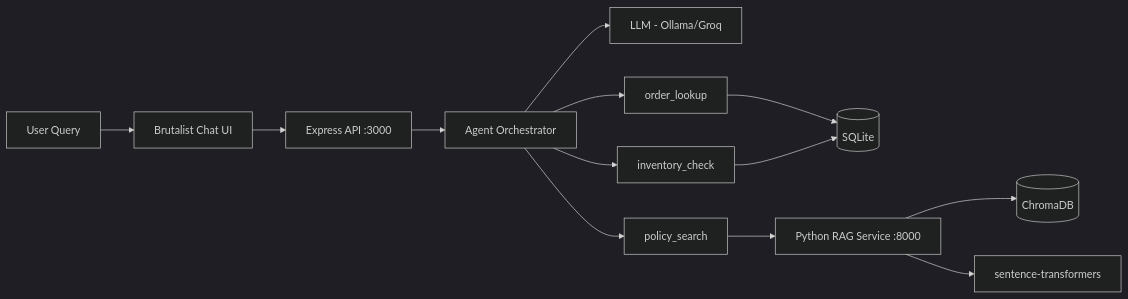
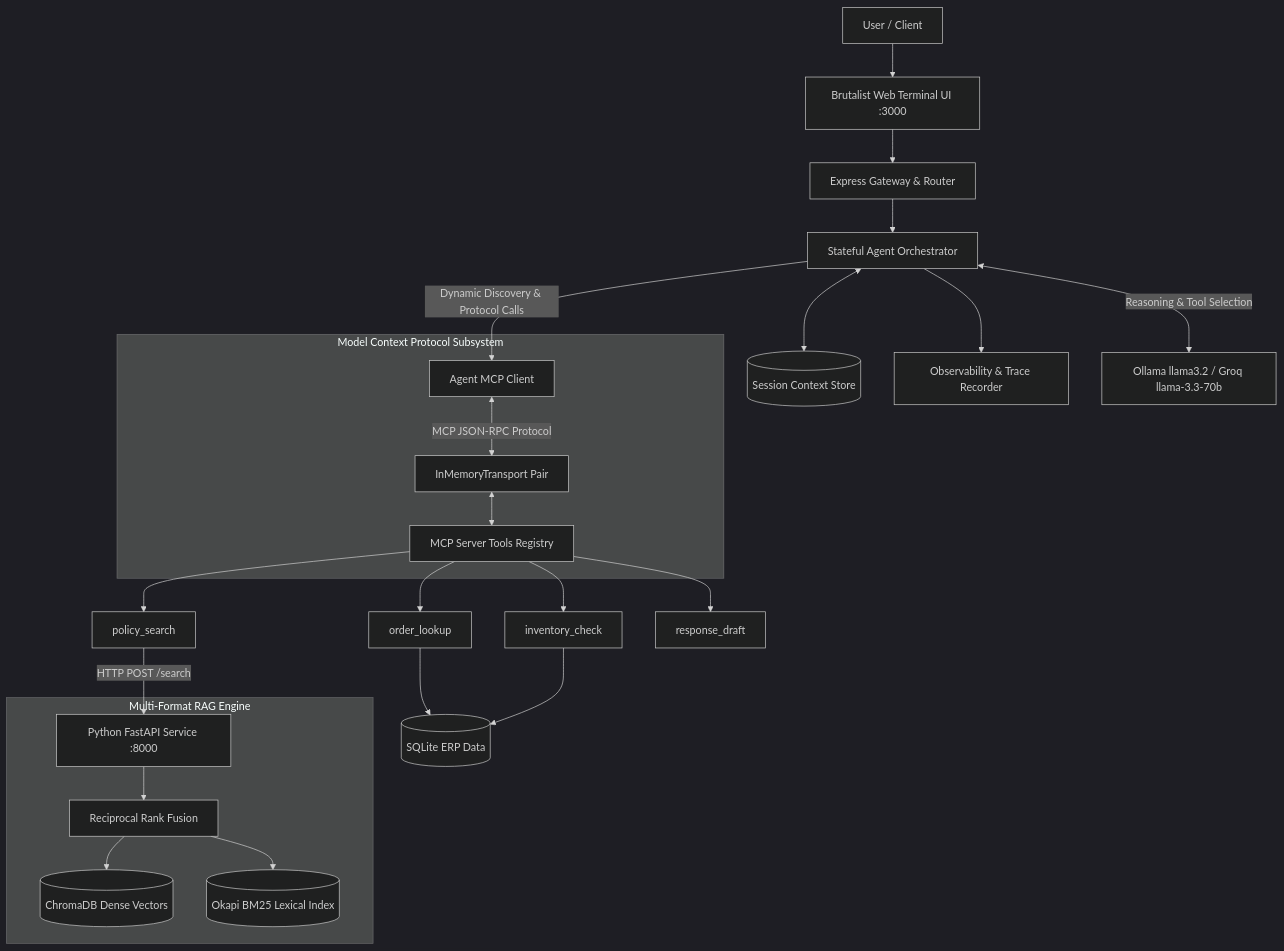
One commit to sanjeev22004/Ai-agent---ecommerce changed the diagram in README.md. Above: the diagram before and after it, drawn with Mermaid (dark theme). The commit also changed other lines of this file and 32 other files, not shown here.

````diff
--- a/README.md
+++ b/README.md
@@ -13,15 +11,35 @@
 ```mermaid
-graph LR
-    User[User Query] --> UI[Brutalist Chat UI]
-    UI --> API[Express API :3000]
-    API --> Orch[Agent Orchestrator]
-    Orch --> LLM[LLM - Ollama/Groq]
-    Orch --> OL[order_lookup]
-    Orch --> IC[inventory_check]
-    Orch --> PS[policy_search]
-    OL --> DB[(SQLite)]
+graph TB
+    User[User / Client] --> UI[Brutalist Web Terminal UI :3000]
+    UI --> API[Express Gateway & Router]
+    API --> Orch[Stateful Agent Orchestrator]
+    Orch <--> Session[(Session Context Store)]
+    Orch --> Tracer[Observability & Trace Recorder]
+    
+    subgraph Model Context Protocol Subsystem
+        MCPClient[Agent MCP Client]
+        Transport[InMemoryTransport Pair]
+        MCPServer[MCP Server Tools Registry]
+    end
+
+    Orch -->|Dynamic Discovery & Protocol Calls| MCPClient
+    MCPClient <-->|MCP JSON-RPC Protocol| Transport
+    Transport <--> MCPServer
+
+    MCPServer --> OL[order_lookup]
+    MCPServer --> IC[inventory_check]
+    MCPServer --> PS[policy_search]
+    MCPServer --> RD[response_draft]
+
+    OL --> DB[(SQLite ERP Data)]
     IC --> DB
-    PS --> RAG[Python RAG Service :8000]
-    RAG --> Chroma[(ChromaDB)]
-    RAG --> Embed[sentence-transformers]
+
+    PS -->|HTTP POST /search| RAG[Python FastAPI Service :8000]
+    subgraph Multi-Format RAG Engine
+        RAG --> RRF[Reciprocal Rank Fusion]
+        RRF --> Dense[(ChromaDB Dense Vectors)]
+        RRF --> BM25[(Okapi BM25 Lexical Index)]
+    end
+
+    Orch <-->|Reasoning & Tool Selection| LLM[Ollama llama3.2 / Groq llama-3.3-70b]
 ```
````
